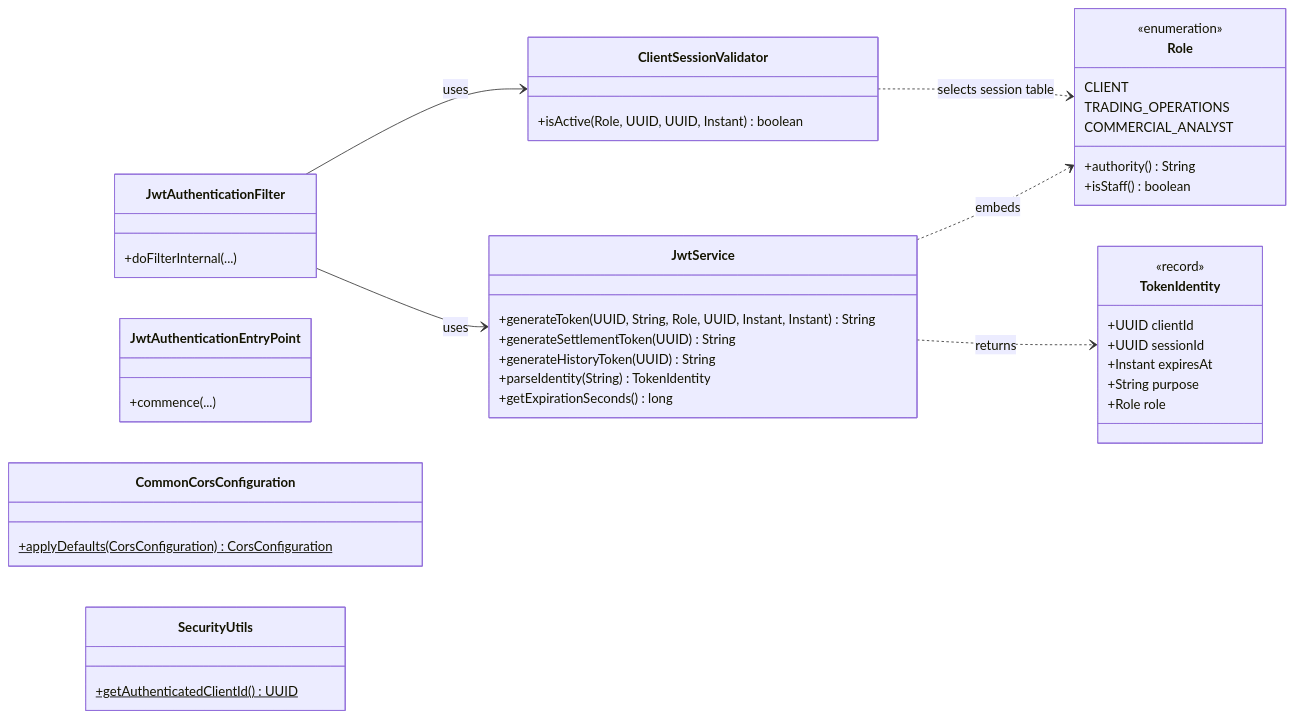
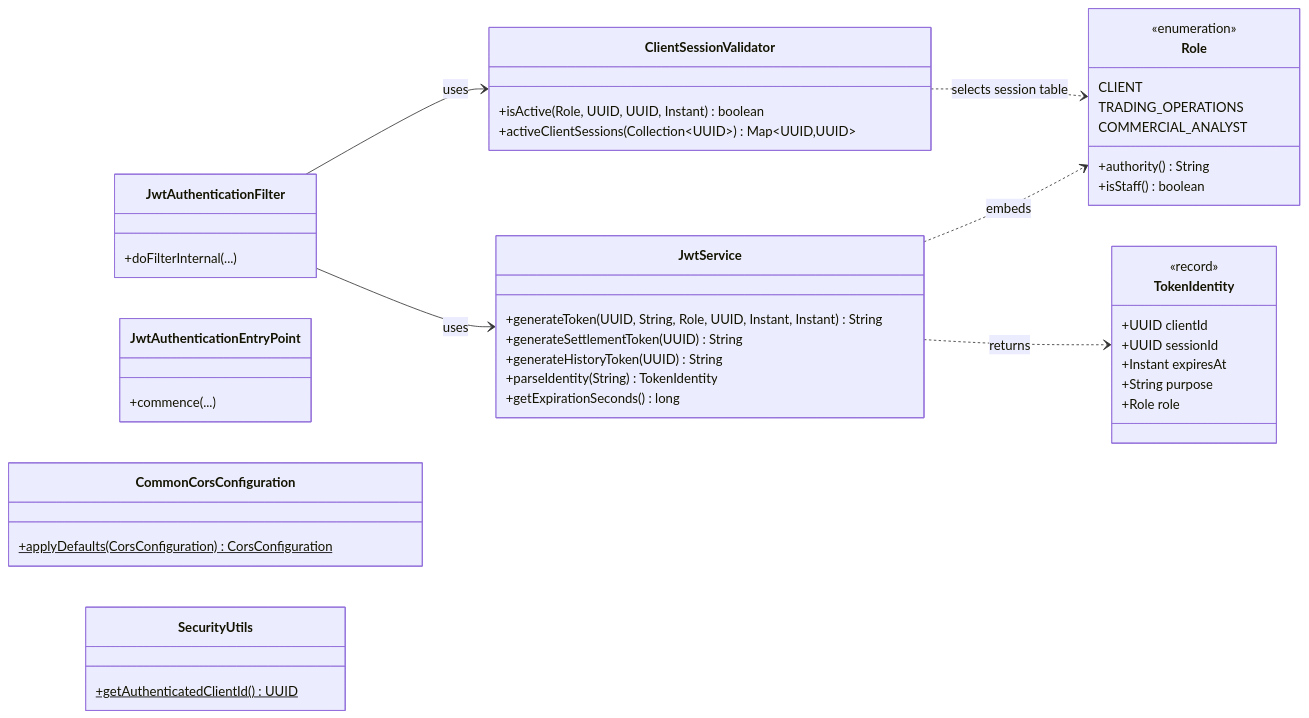
One commit to chrismuss04/leap-laugh-love changed the third of 8 diagrams in README.md. Above: the diagram before and after it, drawn with Mermaid. The commit also changed other lines of this file and 25 other files, not shown here.

````diff
--- a/README.md
+++ b/README.md
@@ -442,49 +443,50 @@
 ```mermaid
 classDiagram
     direction LR
 
     class Role {
         <<enumeration>>
         CLIENT
         TRADING_OPERATIONS
         COMMERCIAL_ANALYST
         +authority() String
         +isStaff() boolean
     }
     class JwtService {
         +generateToken(UUID, String, Role, UUID, Instant, Instant) String
         +generateSettlementToken(UUID) String
         +generateHistoryToken(UUID) String
         +parseIdentity(String) TokenIdentity
         +getExpirationSeconds() long
     }
     class TokenIdentity {
         <<record>>
         +UUID clientId
         +UUID sessionId
         +Instant expiresAt
         +String purpose
         +Role role
     }
     class ClientSessionValidator {
         +isActive(Role, UUID, UUID, Instant) boolean
+        +activeClientSessions(Collection~UUID~) Map~UUID,UUID~
     }
     class JwtAuthenticationFilter {
         +doFilterInternal(...)
     }
     class JwtAuthenticationEntryPoint {
         +commence(...)
     }
     class CommonCorsConfiguration {
         +applyDefaults(CorsConfiguration) CorsConfiguration$
     }
     class SecurityUtils {
         +getAuthenticatedClientId() UUID$
     }
 
     JwtService ..> Role : embeds
     JwtService ..> TokenIdentity : returns
     ClientSessionValidator ..> Role : selects session table
     JwtAuthenticationFilter --> JwtService : uses
     JwtAuthenticationFilter --> ClientSessionValidator : uses
 ```
````
